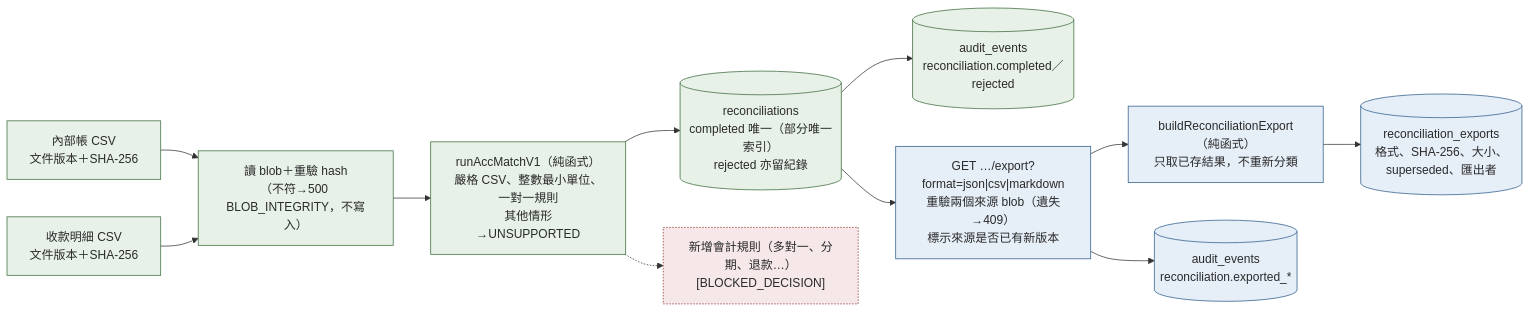
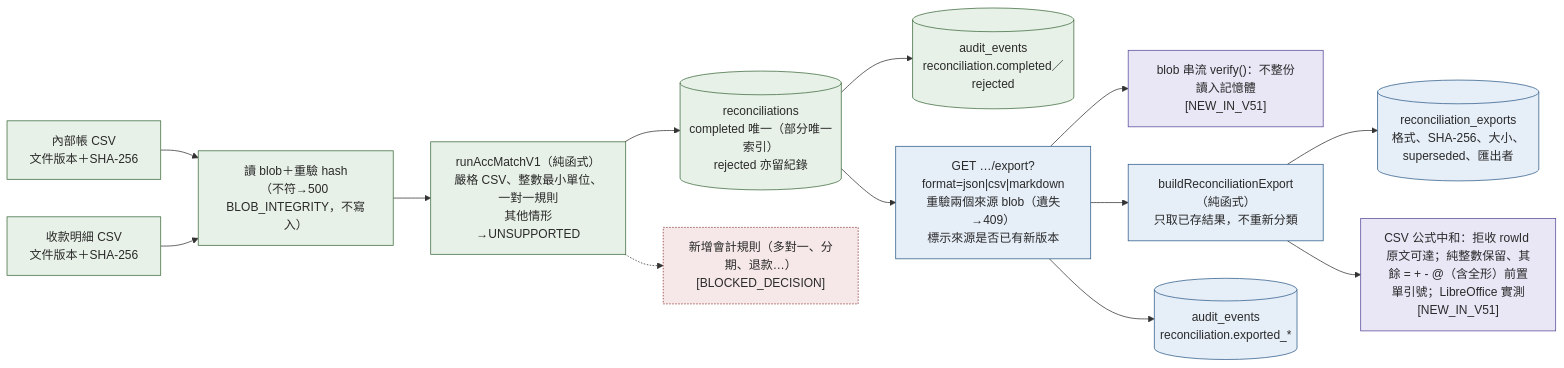
Before and after one commit to hades60414-sys/DHC-AI-SYSTEM: the diagram in web-ui/docs/enterprise/architecture/RECONCILIATION_DATA_FLOW.mmd, drawn with Mermaid. The commit also changed 11 other files, not shown here.

First line of the commit message:
docs(enterprise): V5.1 architecture delta and roadmap (NEW_IN_V51)

```diff
--- a/web-ui/docs/enterprise/architecture/RECONCILIATION_DATA_FLOW.mmd
+++ b/web-ui/docs/enterprise/architecture/RECONCILIATION_DATA_FLOW.mmd
@@ -1,23 +1,28 @@
 %% ACC-MATCH-v1 對帳與匯出資料流。
 flowchart LR
   classDef current fill:#e8f1e8,stroke:#3d6b3d,color:#2A2A2A
   classDef newv5 fill:#e6eef8,stroke:#2f5d8a,color:#2A2A2A
+  classDef newv51 fill:#e9e6f6,stroke:#5a4a9a,color:#2A2A2A
   classDef blocked fill:#f6e8e8,stroke:#8a2f2f,color:#2A2A2A,stroke-dasharray:2 2
 
   l["內部帳 CSV<br/>文件版本＋SHA-256"]:::current
   r["收款明細 CSV<br/>文件版本＋SHA-256"]:::current
   load["讀 blob＋重驗 hash<br/>（不符→500 BLOB_INTEGRITY，不寫入）"]:::current
   engine["runAccMatchV1（純函式）<br/>嚴格 CSV、整數最小單位、一對一規則<br/>其他情形→UNSUPPORTED"]:::current
   store[("reconciliations<br/>completed 唯一（部分唯一索引）<br/>rejected 亦留紀錄")]:::current
   audit[("audit_events<br/>reconciliation.completed／rejected")]:::current
   exp["GET …/export?format=json|csv|markdown<br/>重驗兩個來源 blob（遺失→409）<br/>標示來源是否已有新版本"]:::newv5
+  verify["blob 串流 verify()：不整份讀入記憶體<br/>[NEW_IN_V51]"]:::newv51
+  guard["CSV 公式中和：拒收 rowId 原文可達；純整數保留、其餘 = + - @（含全形）前置單引號；LibreOffice 實測<br/>[NEW_IN_V51]"]:::newv51
   build["buildReconciliationExport（純函式）<br/>只取已存結果，不重新分類"]:::newv5
   xstore[("reconciliation_exports<br/>格式、SHA-256、大小、superseded、匯出者")]:::newv5
   xaudit[("audit_events<br/>reconciliation.exported_*")]:::newv5
   rules["新增會計規則（多對一、分期、退款…）<br/>[BLOCKED_DECISION]"]:::blocked
 
   l --> load
   r --> load --> engine --> store --> audit
   store --> exp --> build --> xstore
+  exp --> verify
+  build --> guard
   exp --> xaudit
   engine -.-> rules
```
